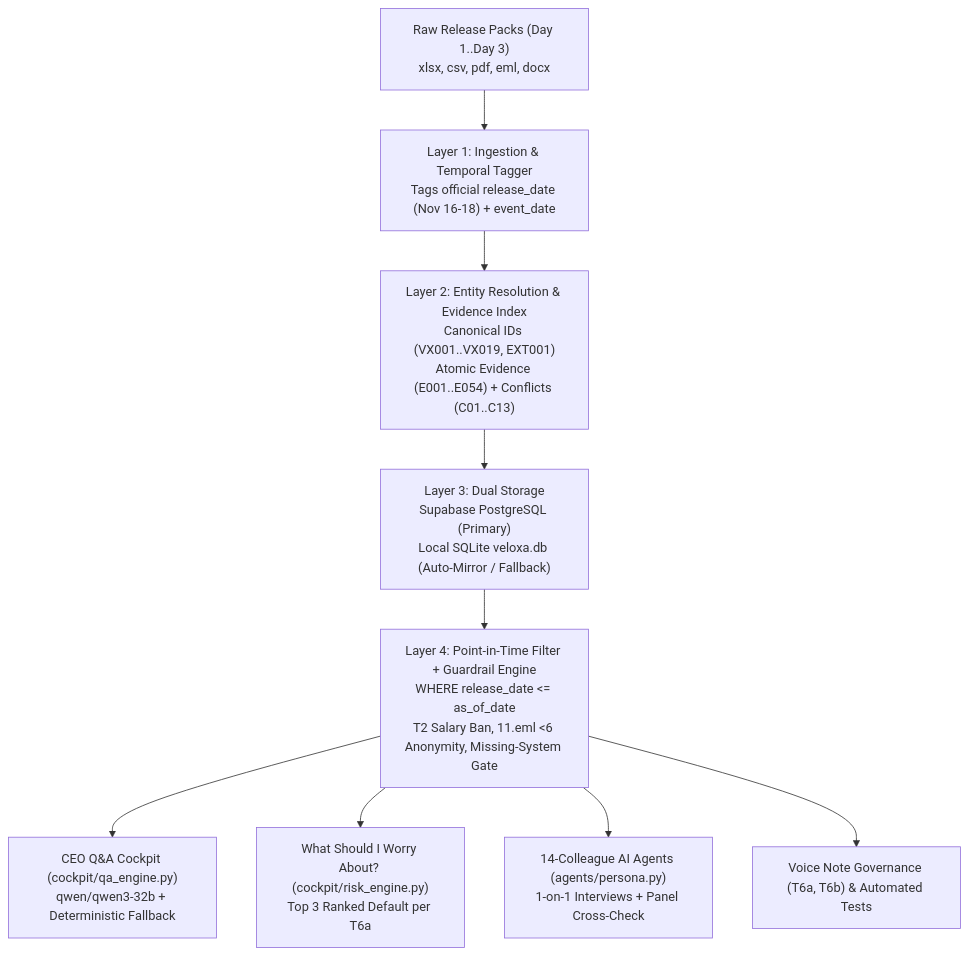
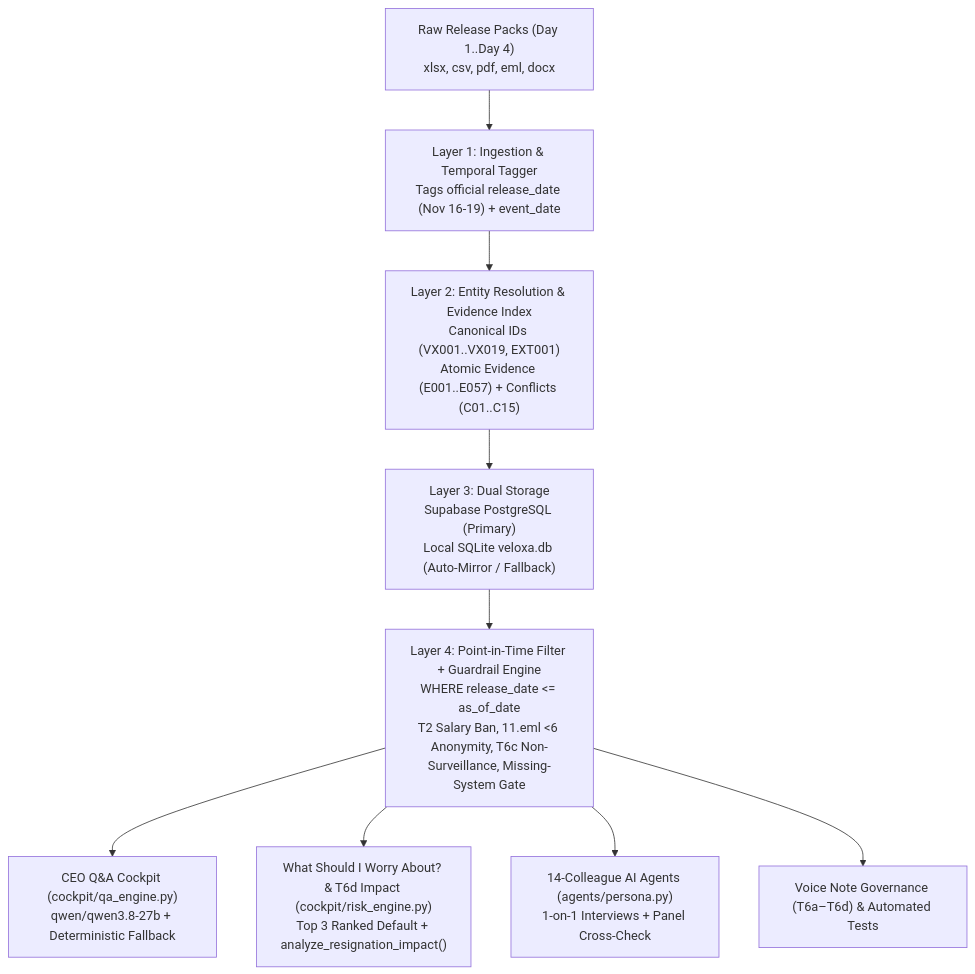
Before and after one commit to SaM-005X/veloxa-cockpit-samrat-sengupta: the diagram in ARCHITECTURE.md, drawn with Mermaid. The commit also changed other lines of this file and 9 other files, not shown here.

Commit message:
Stage 4: Update Cockpit UI/CLI, add Day 4 test suite & update all 6 governance docs

````diff
--- a/ARCHITECTURE.md
+++ b/ARCHITECTURE.md
@@ -18,11 +18,11 @@
 ```mermaid
 flowchart TD
-    A["Raw Release Packs (Day 1..Day 3)<br/>xlsx, csv, pdf, eml, docx"] --> B["Layer 1: Ingestion & Temporal Tagger<br/>Tags official release_date (Nov 16-18) + event_date"]
-    B --> C["Layer 2: Entity Resolution & Evidence Index<br/>Canonical IDs (VX001..VX019, EXT001)<br/>Atomic Evidence (E001..E054) + Conflicts (C01..C13)"]
+    A["Raw Release Packs (Day 1..Day 4)<br/>xlsx, csv, pdf, eml, docx"] --> B["Layer 1: Ingestion & Temporal Tagger<br/>Tags official release_date (Nov 16-19) + event_date"]
+    B --> C["Layer 2: Entity Resolution & Evidence Index<br/>Canonical IDs (VX001..VX019, EXT001)<br/>Atomic Evidence (E001..E057) + Conflicts (C01..C15)"]
     C --> D["Layer 3: Dual Storage<br/>Supabase PostgreSQL (Primary)<br/>Local SQLite veloxa.db (Auto-Mirror / Fallback)"]
-    D --> E["Layer 4: Point-in-Time Filter + Guardrail Engine<br/>WHERE release_date <= as_of_date<br/>T2 Salary Ban, 11.eml <6 Anonymity, Missing-System Gate"]
-    E --> F1["CEO Q&A Cockpit (cockpit/qa_engine.py)<br/>qwen/qwen3-32b + Deterministic Fallback"]
-    E --> F2["What Should I Worry About? (cockpit/risk_engine.py)<br/>Top 3 Ranked Default per T6a"]
+    D --> E["Layer 4: Point-in-Time Filter + Guardrail Engine<br/>WHERE release_date <= as_of_date<br/>T2 Salary Ban, 11.eml <6 Anonymity, T6c Non-Surveillance, Missing-System Gate"]
+    E --> F1["CEO Q&A Cockpit (cockpit/qa_engine.py)<br/>qwen/qwen3.8-27b + Deterministic Fallback"]
+    E --> F2["What Should I Worry About? & T6d Impact (cockpit/risk_engine.py)<br/>Top 3 Ranked Default + analyze_resignation_impact()"]
     E --> F3["14-Colleague AI Agents (agents/persona.py)<br/>1-on-1 Interviews + Panel Cross-Check"]
-    E --> F4["Voice Note Governance (T6a, T6b) & Automated Tests"]
+    E --> F4["Voice Note Governance (T6a–T6d) & Automated Tests"]
 ```
````
